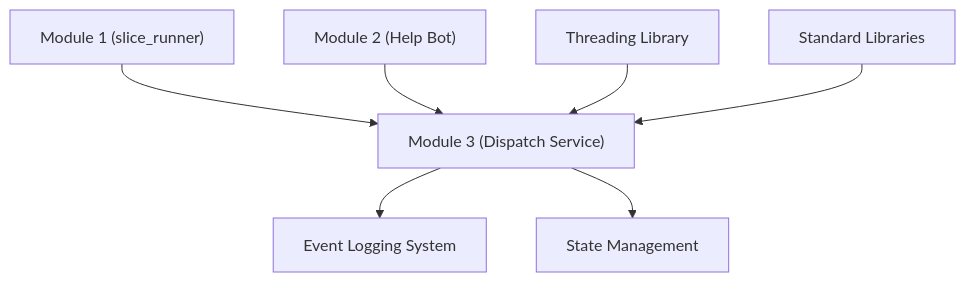
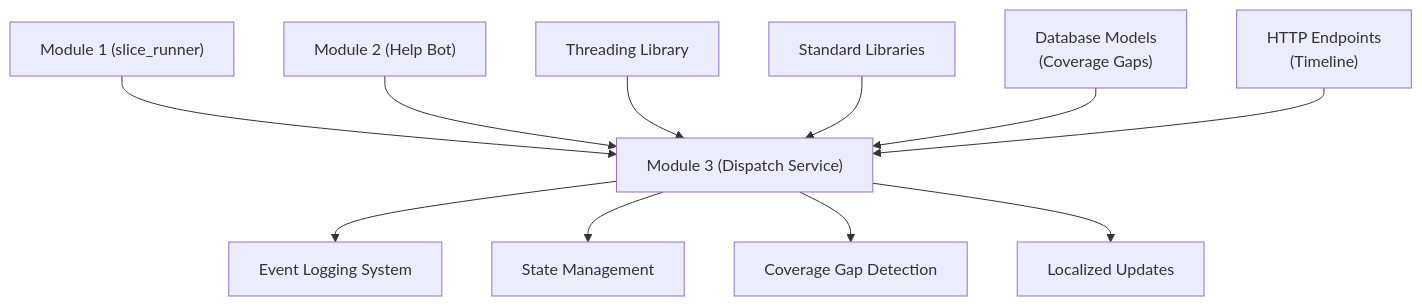
The ninth of 9 diagrams in .qoder/repowiki/en/content/Matching & Dispatch Engine.md (M-Rumman/LifeLine-Ride), drawn with Mermaid before and after one commit. The commit also changed other lines of this file and 4121 other files, not shown here.

````diff
--- a/.qoder/repowiki/en/content/Matching & Dispatch Engine.md
+++ b/.qoder/repowiki/en/content/Matching & Dispatch Engine.md
@@ -333,9 +430,13 @@
 ```mermaid
 graph TB
 A["Module 1 (slice_runner)"] --> B["Module 3 (Dispatch Service)"]
 C["Module 2 (Help Bot)"] --> B
 D["Threading Library"] --> B
 E["Standard Libraries"] --> B
-B --> F["Event Logging System"]
-B --> G["State Management"]
+F["Database Models<br/>(Coverage Gaps)"] --> B
+G["HTTP Endpoints<br/>(Timeline)"] --> B
+B --> H["Event Logging System"]
+B --> I["State Management"]
+B --> J["Coverage Gap Detection"]
+B --> K["Localized Updates"]
 ```
````
